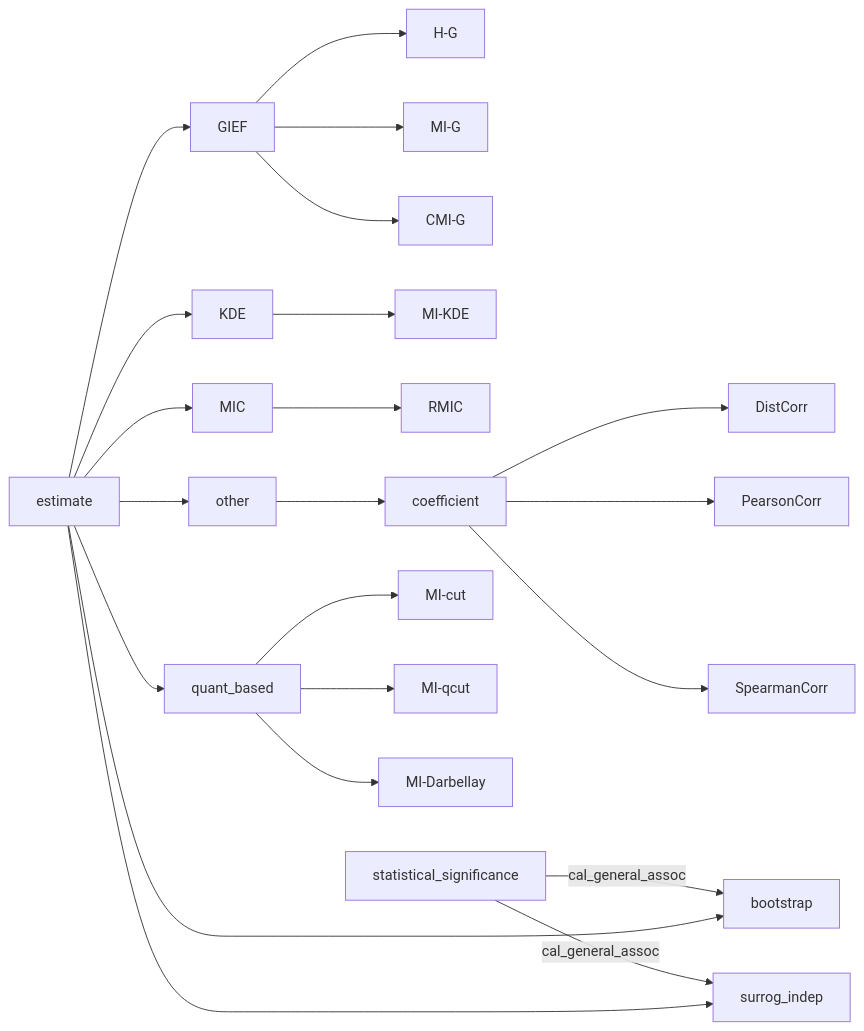
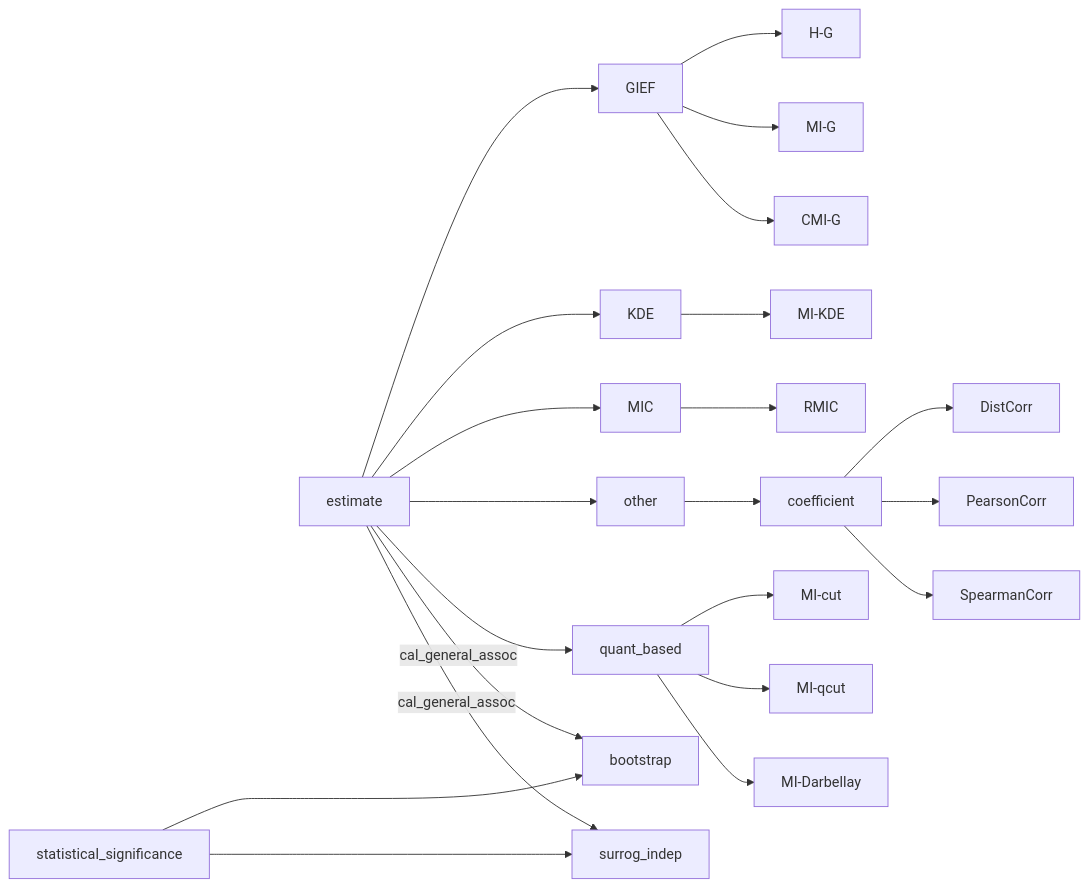
Before and after one commit to Ulti-Dreisteine/ToMerge-General-Information-Estimation-Framework: the diagram in README.md, drawn with Mermaid. The commit also changed other lines of this file, not shown here.

Commit message:
update: 更新文档

````diff
--- a/README.md
+++ b/README.md
@@ -35,14 +36,14 @@
 ```mermaid
 graph LR
 
 estimate --> GIEF --> H-G & MI-G & CMI-G
 estimate --> KDE --> MI-KDE
 estimate --> MIC --> RMIC
 estimate --> other --> coefficient --> DistCorr & PearsonCorr & SpearmanCorr
 estimate --> quant_based --> MI-cut & MI-qcut & MI-Darbellay
 
-statistical_significance --cal_general_assoc--> bootstrap
-statistical_significance --cal_general_assoc--> surrog_indep
-estimate ----> bootstrap
-estimate --> surrog_indep
+statistical_significance ----> bootstrap
+statistical_significance ----> surrog_indep
+estimate --cal_general_assoc--> bootstrap
+estimate --cal_general_assoc--> surrog_indep
 ```
````
